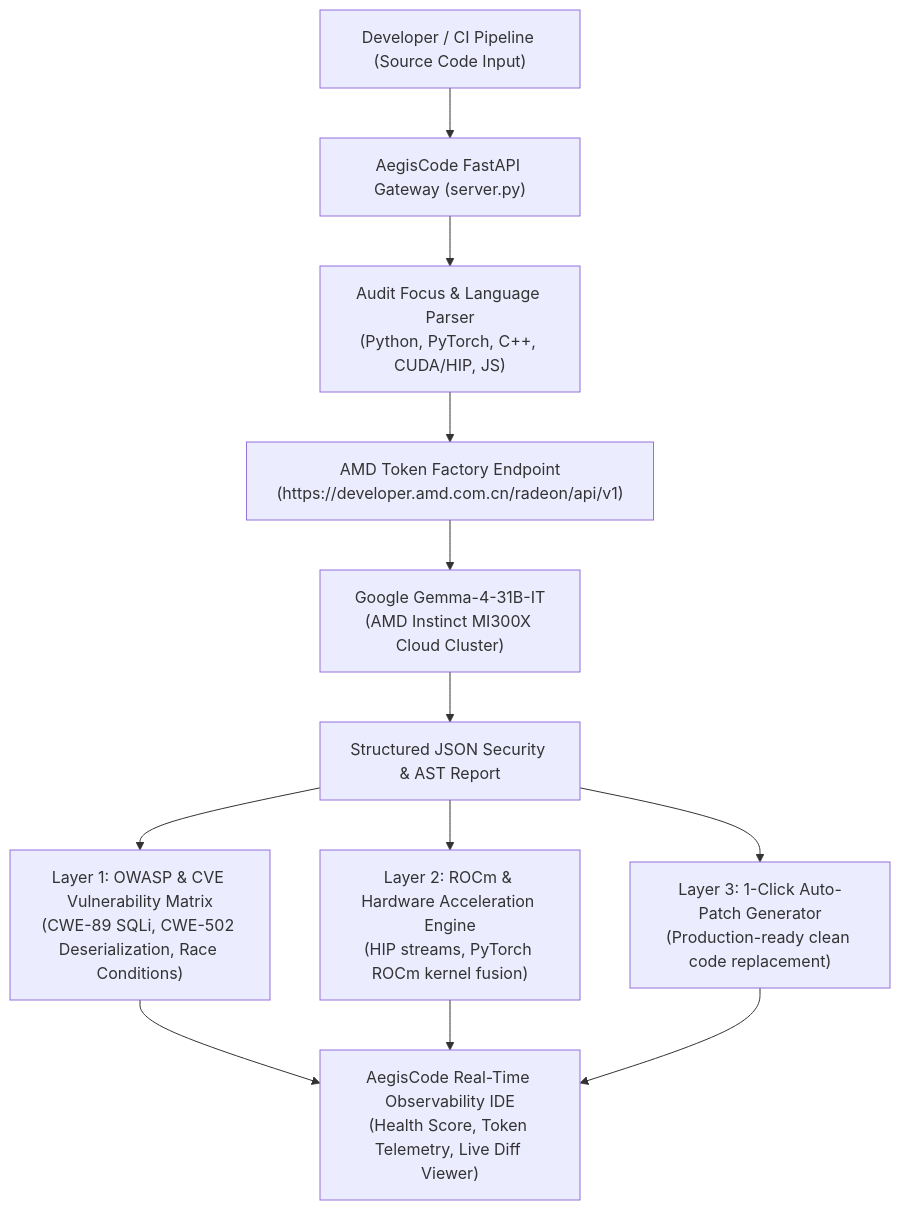
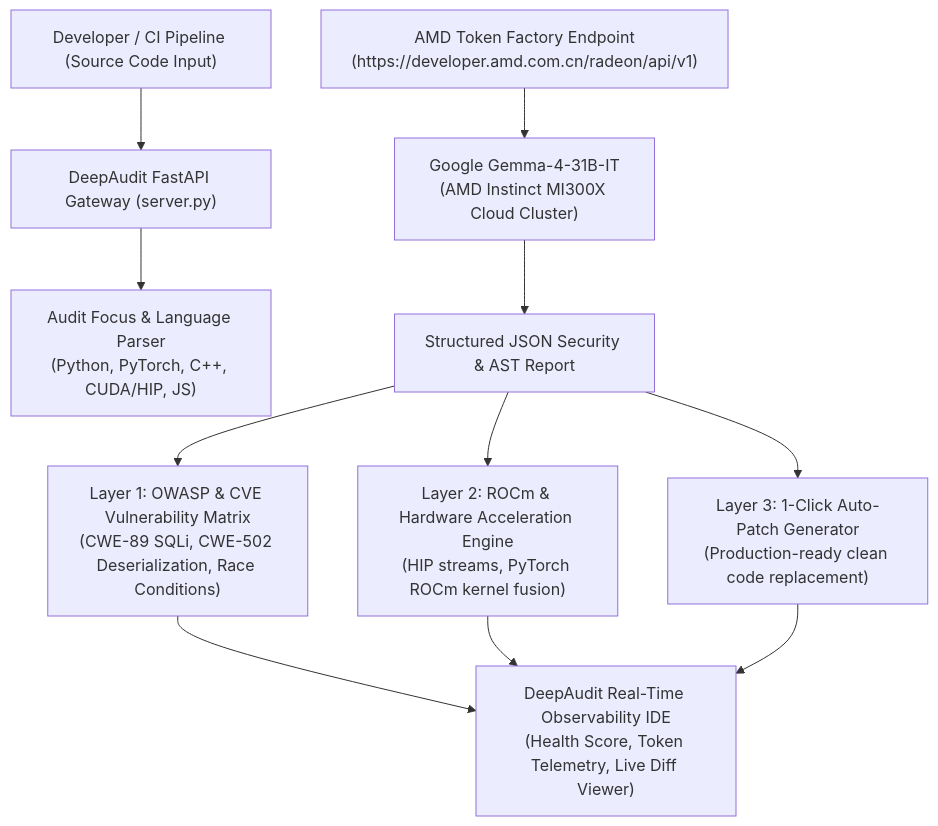
Before and after one commit to sahariarhossain524-sketch/DeepAudit-AMD: the diagram in README.md, drawn with Mermaid. The commit also changed other lines of this file and 2 other files, not shown here.

Commit message:
Update project branding to DeepAudit AMD

````diff
--- a/README.md
+++ b/README.md
@@ -20,12 +20,12 @@
 ```mermaid
 flowchart TD
-    A["Developer / CI Pipeline (Source Code Input)"] --> B["AegisCode FastAPI Gateway (server.py)"]
+    A["Developer / CI Pipeline (Source Code Input)"] --> B["DeepAudit FastAPI Gateway (server.py)"]
     B --> C["Audit Focus & Language Parser<br/>(Python, PyTorch, C++, CUDA/HIP, JS)"]
-    C --> D["AMD Token Factory Endpoint<br/>(https://developer.amd.com.cn/radeon/api/v1)"]
     D --> E["Google Gemma-4-31B-IT<br/>(AMD Instinct MI300X Cloud Cluster)"]
+    D["AMD Token Factory Endpoint<br/>(https://developer.amd.com.cn/radeon/api/v1)"]
     E --> F["Structured JSON Security & AST Report"]
     F --> G["Layer 1: OWASP & CVE Vulnerability Matrix<br/>(CWE-89 SQLi, CWE-502 Deserialization, Race Conditions)"]
     F --> H["Layer 2: ROCm & Hardware Acceleration Engine<br/>(HIP streams, PyTorch ROCm kernel fusion)"]
     F --> I["Layer 3: 1-Click Auto-Patch Generator<br/>(Production-ready clean code replacement)"]
-    G & H & I --> J["AegisCode Real-Time Observability IDE<br/>(Health Score, Token Telemetry, Live Diff Viewer)"]
+    G & H & I --> J["DeepAudit Real-Time Observability IDE<br/>(Health Score, Token Telemetry, Live Diff Viewer)"]
 ```
````
